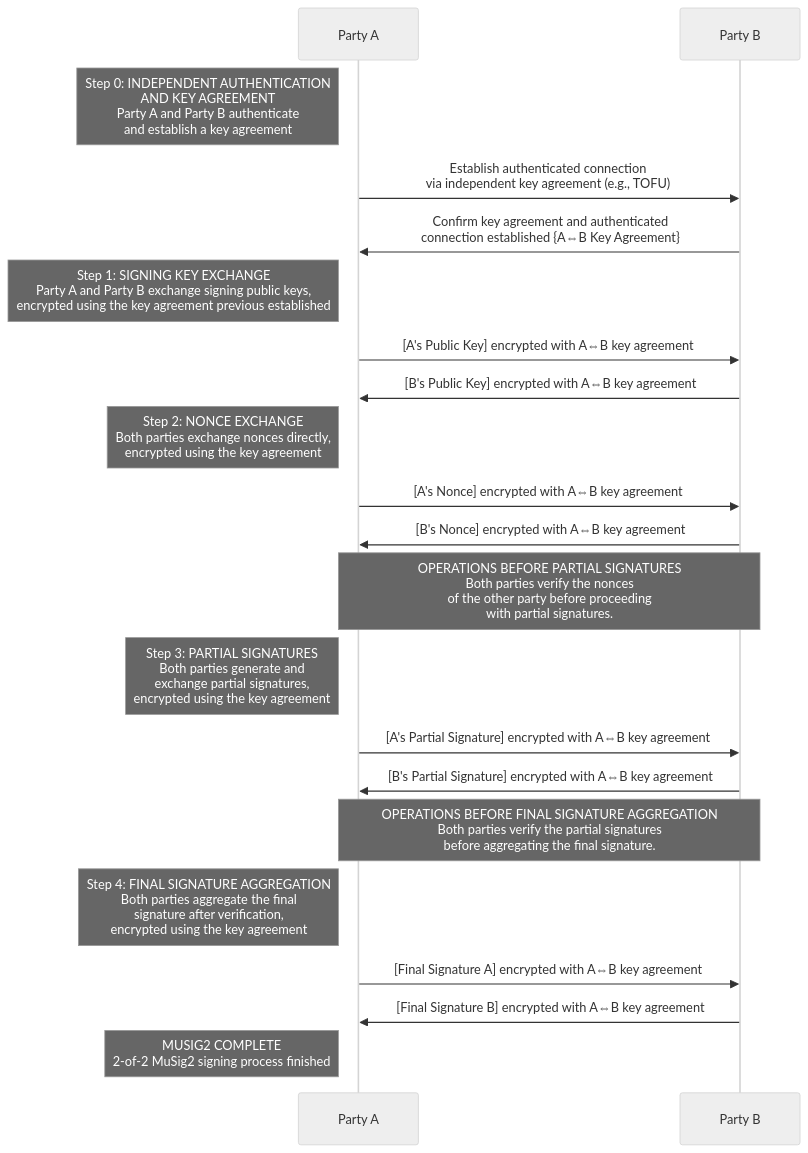
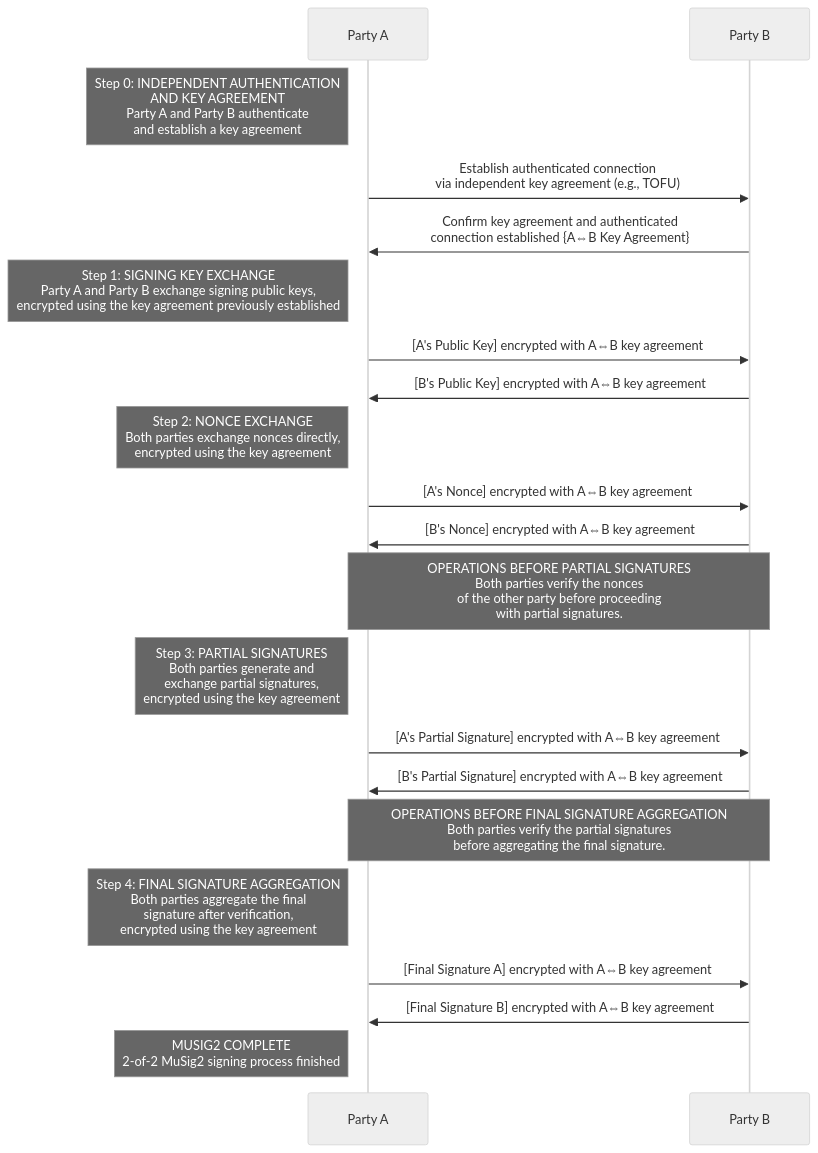
The first of 2 diagrams in _pages/musig-sequence-diagram.md (BlockchainCommons/developer-web-site), drawn with Mermaid (neutral theme) before and after one commit. The commit also changed other lines of this file, not shown here.

````diff
--- a/_pages/musig-sequence-diagram.md
+++ b/_pages/musig-sequence-diagram.md
@@ -107,31 +109,31 @@
 ```mermaid
 sequenceDiagram
     participant Party A
     participant Party B
 
     Note left of Party A: Step 0: INDEPENDENT AUTHENTICATION <br/>AND KEY AGREEMENT<br/>Party A and Party B authenticate<br/>and establish a key agreement
     Party A->>Party B: Establish authenticated connection<br/>via independent key agreement (e.g., TOFU)
     Party B->>Party A: Confirm key agreement and authenticated<br/>connection established {A⇔B Key Agreement}
 
-    Note left of Party A: Step 1: SIGNING KEY EXCHANGE<br/>Party A and Party B exchange signing public keys,<br/>encrypted using the key agreement previous established
+    Note left of Party A: Step 1: SIGNING KEY EXCHANGE<br/>Party A and Party B exchange signing public keys,<br/>encrypted using the key agreement previously established
     Party A->>Party B: [A's Public Key] encrypted with A⇔B key agreement
     Party B->>Party A: [B's Public Key] encrypted with A⇔B key agreement
 
     Note left of Party A: Step 2: NONCE EXCHANGE<br/>Both parties exchange nonces directly,<br/>encrypted using the key agreement
     Party A->>Party B: [A's Nonce] encrypted with A⇔B key agreement
     Party B->>Party A: [B's Nonce] encrypted with A⇔B key agreement
 
     Note over Party A, Party B: OPERATIONS BEFORE PARTIAL SIGNATURES<br/>Both parties verify the nonces<br/>of the other party before proceeding<br/>with partial signatures.
 
     Note left of Party A: Step 3: PARTIAL SIGNATURES<br/>Both parties generate and<br/>exchange partial signatures,<br/>encrypted using the key agreement
     Party A->>Party B: [A's Partial Signature] encrypted with A⇔B key agreement
     Party B->>Party A: [B's Partial Signature] encrypted with A⇔B key agreement
 
     Note over Party A, Party B:  OPERATIONS BEFORE FINAL SIGNATURE AGGREGATION<br/>Both parties verify the partial signatures<br/>before aggregating the final signature.
 
     Note left of Party A: Step 4: FINAL SIGNATURE AGGREGATION<br/>Both parties aggregate the final<br/>signature after verification,<br/>encrypted using the key agreement
     Party A->>Party B: [Final Signature A] encrypted with A⇔B key agreement
     Party B->>Party A: [Final Signature B] encrypted with A⇔B key agreement
 
     Note left of Party A: MUSIG2 COMPLETE<br/>2-of-2 MuSig2 signing process finished
 ```
````
